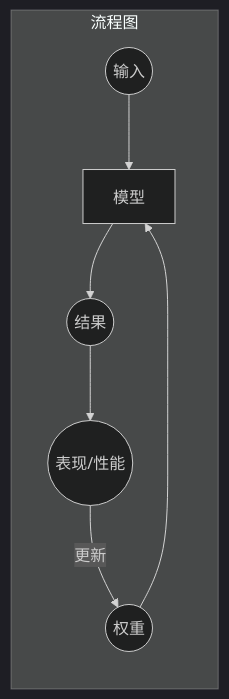
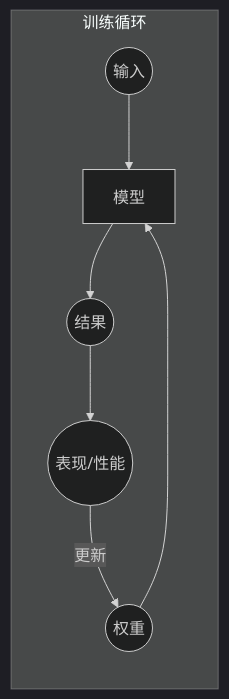
Before and after one commit to Jaas-Wang/smartbook: the sixth of 10 diagrams in smartbook/Fastai-01.md, drawn with Mermaid (dark theme). The commit also changed other lines of this file, not shown here.

````diff
--- a/smartbook/Fastai-01.md
+++ b/smartbook/Fastai-01.md
@@ -722,17 +732,17 @@
 ```mermaid
 graph LR
 
 B((输入))
 C((权重))
 D[模型]
 E((结果))
 F((表现/性能))
-subgraph 流程图
+subgraph 训练循环
 B --> D;
 C --> D;
 D --> E;
 end
-subgraph 流程图
+subgraph 训练循环
 E --> F --更新--> C
 end
 ```
````
